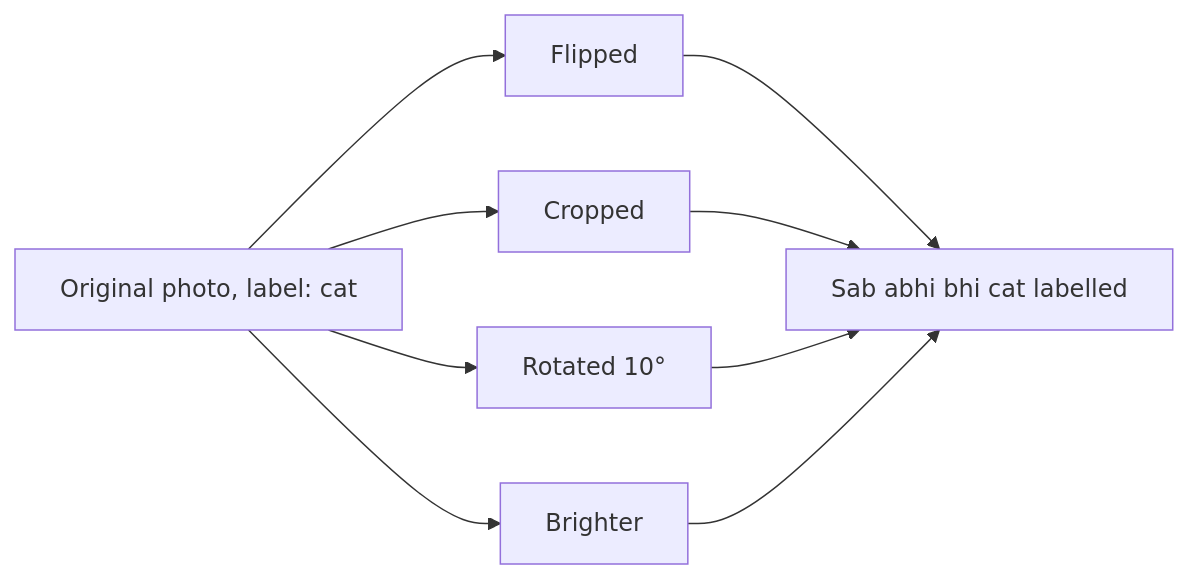
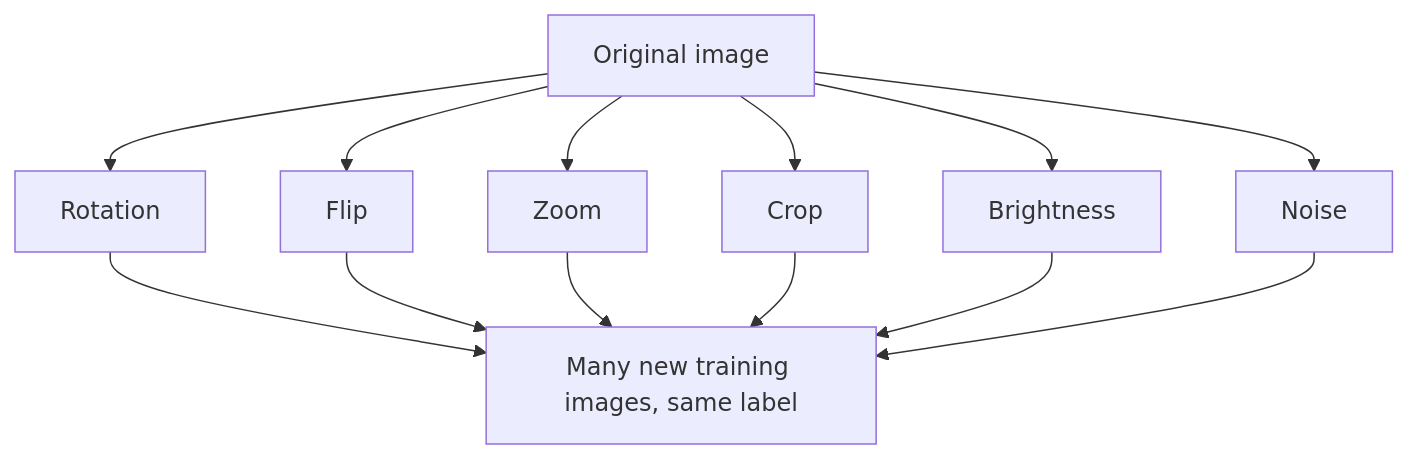
The seventh of 7 diagrams in content/deep-learning/notes/regularization.hi.mdx (TrendySloth1001/sem-seven-notes), drawn with Mermaid before and after one commit. The commit also changed other lines of this file and 254 other files, not shown here.

````diff
--- a/content/deep-learning/notes/regularization.hi.mdx
+++ b/content/deep-learning/notes/regularization.hi.mdx
@@ -447,12 +858,16 @@
 ```mermaid
-%% caption: Data augmentation ek labelled image ko bahut saare training examples mein badal deta hai jo sab label "cat" rakhte hain.
-flowchart LR
-  A["Original photo, label: cat"] --> B["Flipped"]
-  A --> C["Cropped"]
-  A --> D["Rotated 10°"]
-  A --> E["Brighter"]
-  B --> F["Sab abhi bhi cat labelled"]
-  C --> F
-  D --> F
-  E --> F
+%% caption: Teacher ki sheet se data augmentation flow. Ek original image se kai naye training images bante hain, sab ka label same.
+flowchart TD
+  A["Original image"] --> B["Rotation"]
+  A --> C["Flip"]
+  A --> D["Zoom"]
+  A --> E["Crop"]
+  A --> F["Brightness"]
+  A --> G["Noise"]
+  B --> H["Many new training images, same label"]
+  C --> H
+  D --> H
+  E --> H
+  F --> H
+  G --> H
 ```
````
